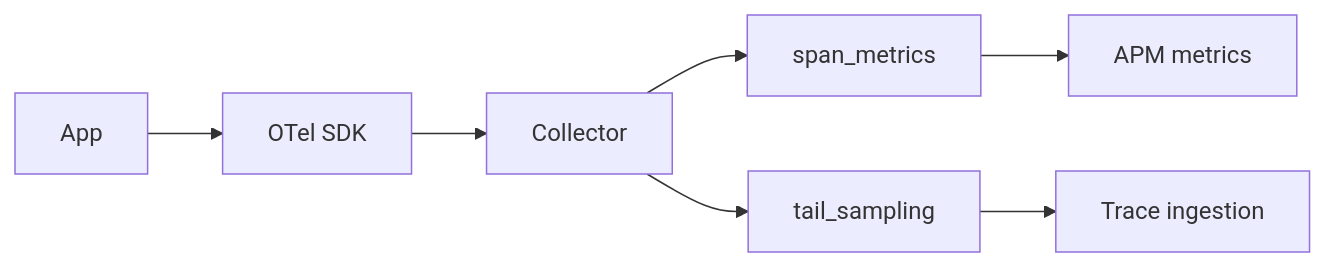
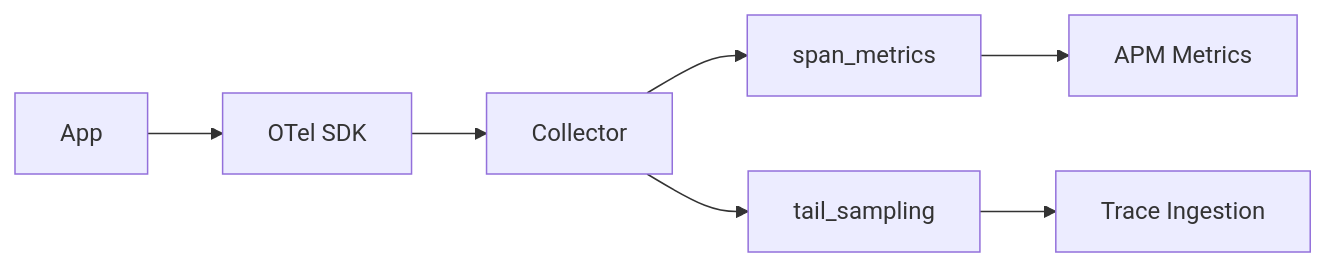
Before and after one commit to XiaoWeiKIN/Observability-Lab: the ninth of 13 diagrams in docs/datadog/inferred-services.md, drawn with Mermaid. The commit also changed other lines of this file, not shown here.

````diff
--- a/docs/datadog/inferred-services.md
+++ b/docs/datadog/inferred-services.md
@@ -366,9 +400,9 @@
-```mermaid
+~~~mermaid
 flowchart LR
     App --> SDK[OTel SDK]
     SDK --> Collector
     Collector --> SM[span_metrics]
-    SM --> Metrics[APM metrics]
+    SM --> Metrics[APM Metrics]
     Collector --> TS[tail_sampling]
-    TS --> Traces[Trace ingestion]
-```
+    TS --> Traces[Trace Ingestion]
+~~~
````
